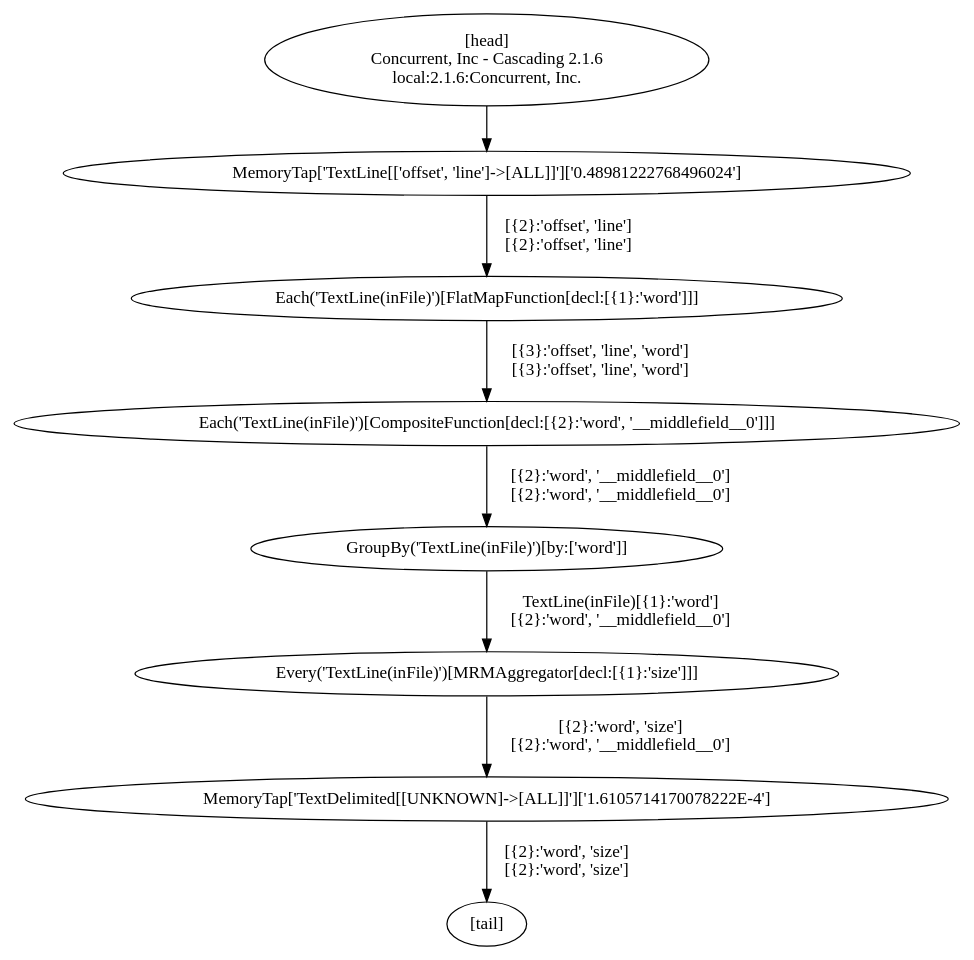
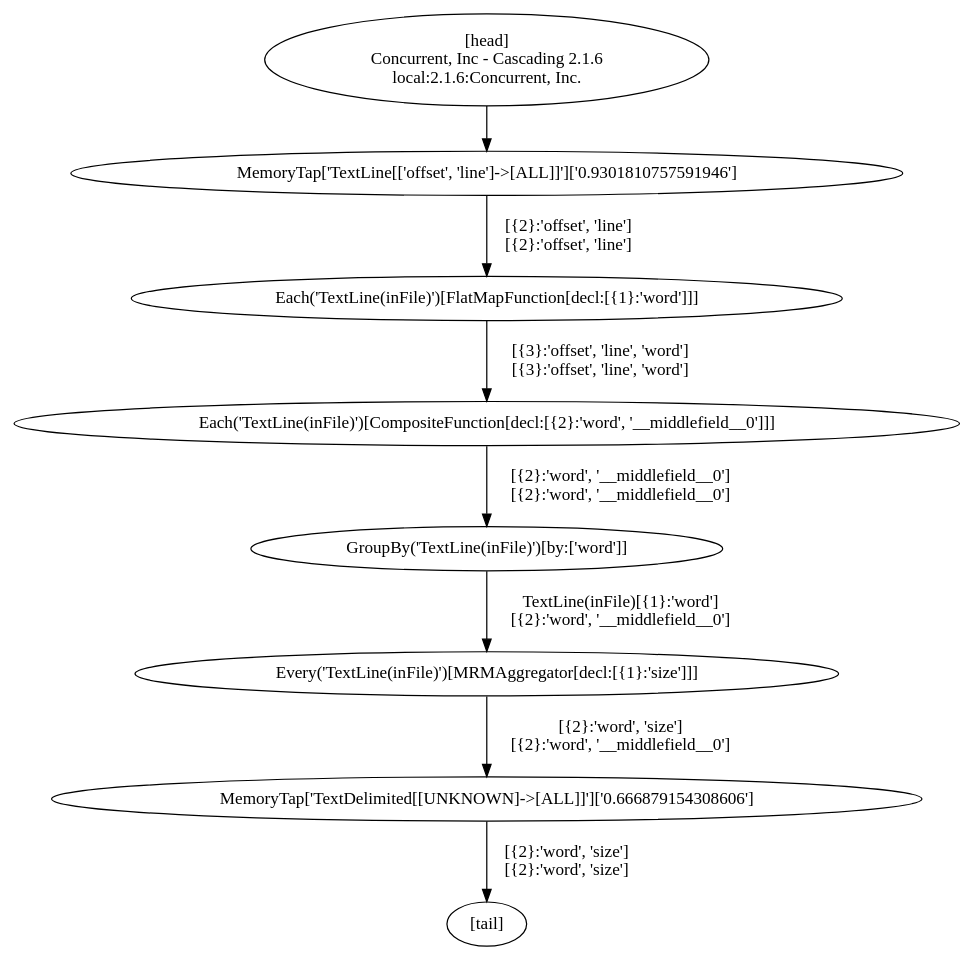
The diagram in WordCountJob.dot (ktoso/oculus), drawn with Graphviz before and after one commit. The commit also changed 8 other files, not shown here.

```diff
--- a/WordCountJob.dot
+++ b/WordCountJob.dot
@@ -1,17 +1,17 @@
 digraph G {
-  1 [label = "MemoryTap['TextDelimited[[UNKNOWN]->[ALL]]']['1.6105714170078222E-4']"];
+  1 [label = "MemoryTap['TextDelimited[[UNKNOWN]->[ALL]]']['0.666879154308606']"];
   2 [label = "Every('TextLine(inFile)')[MRMAggregator[decl:[{1}:'size']]]"];
   3 [label = "GroupBy('TextLine(inFile)')[by:['word']]"];
   4 [label = "Each('TextLine(inFile)')[CompositeFunction[decl:[{2}:'word', '__middlefield__0']]]"];
   5 [label = "Each('TextLine(inFile)')[FlatMapFunction[decl:[{1}:'word']]]"];
-  6 [label = "MemoryTap['TextLine[['offset', 'line']->[ALL]]']['0.48981222768496024']"];
+  6 [label = "MemoryTap['TextLine[['offset', 'line']->[ALL]]']['0.9301810757591946']"];
   7 [label = "[head]\nConcurrent, Inc - Cascading 2.1.6\nlocal:2.1.6:Concurrent, Inc."];
   8 [label = "[tail]"];
   5 -> 4 [label = "[{3}:'offset', 'line', 'word']\n[{3}:'offset', 'line', 'word']"];
   4 -> 3 [label = "[{2}:'word', '__middlefield__0']\n[{2}:'word', '__middlefield__0']"];
   3 -> 2 [label = "TextLine(inFile)[{1}:'word']\n[{2}:'word', '__middlefield__0']"];
   7 -> 6 [label = ""];
   1 -> 8 [label = "[{2}:'word', 'size']\n[{2}:'word', 'size']"];
   6 -> 5 [label = "[{2}:'offset', 'line']\n[{2}:'offset', 'line']"];
   2 -> 1 [label = "[{2}:'word', 'size']\n[{2}:'word', '__middlefield__0']"];
 }
```
